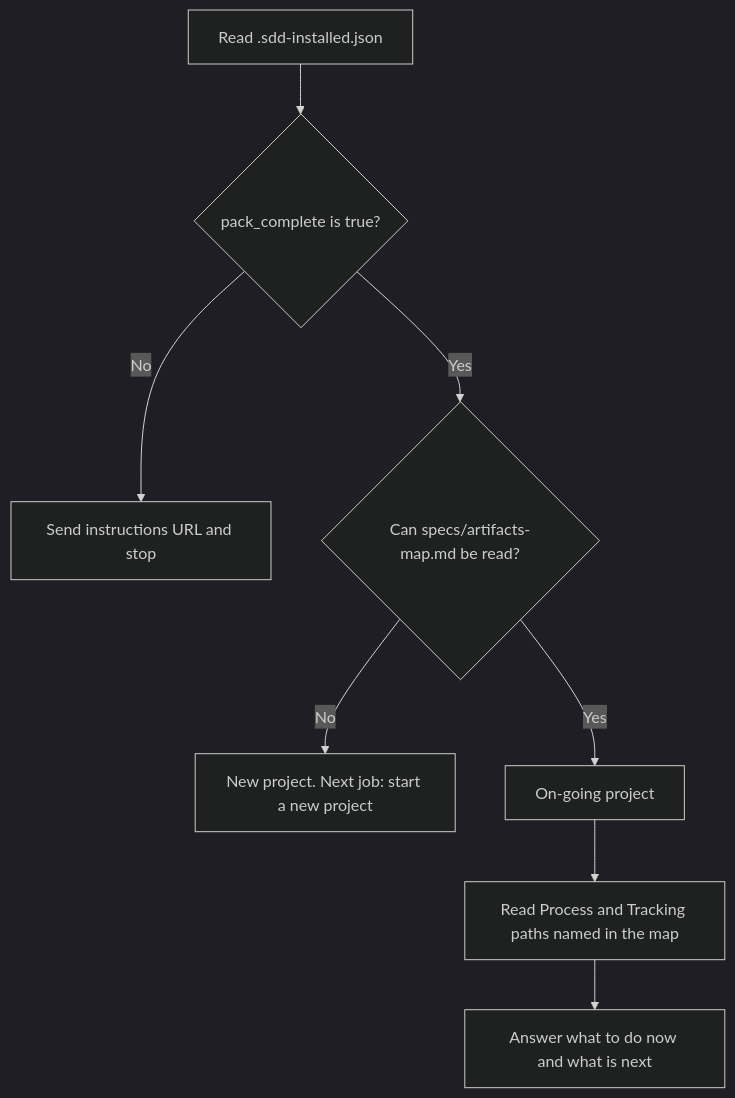
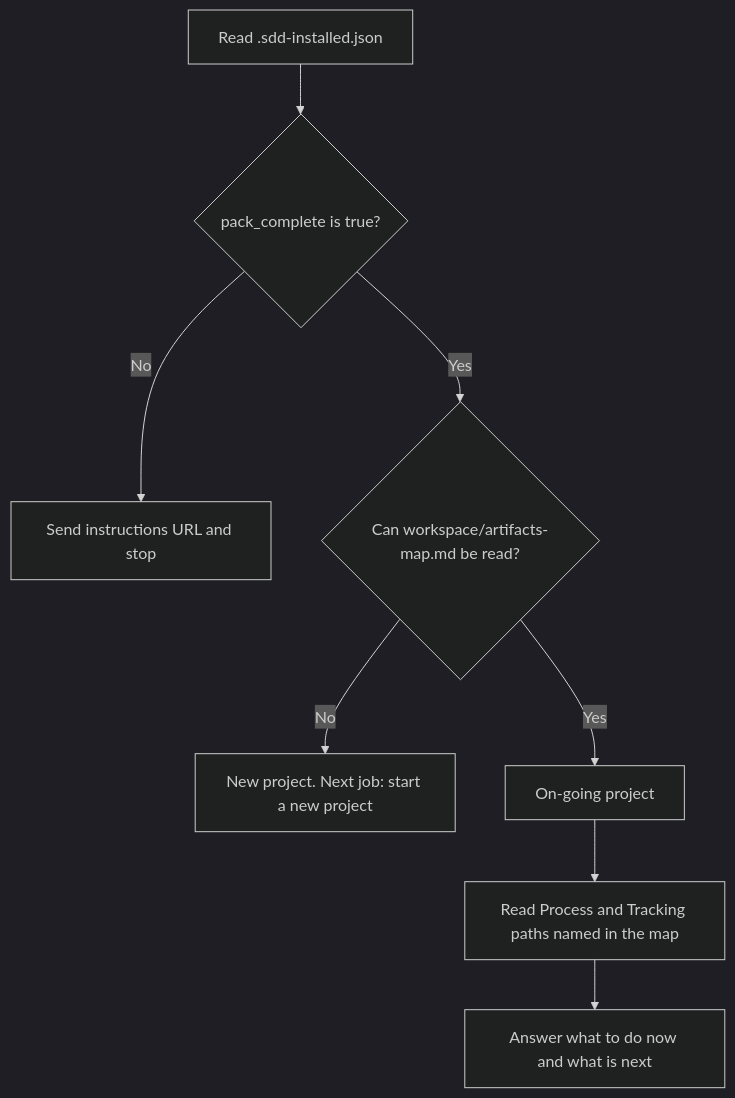
Before and after one commit to ethanhuangcst/workspace.framework.sdd.works: the diagram in specs/agent-ethan/agent-design.md, drawn with Mermaid (dark theme). The commit also changed other lines of this file and 19 other files, not shown here.

````diff
--- a/specs/agent-ethan/agent-design.md
+++ b/specs/agent-ethan/agent-design.md
@@ -86,10 +86,10 @@
 ```mermaid
 flowchart TD
   start[Read .sdd-installed.json] --> gate{pack_complete is true?}
   gate -->|No| stop[Send instructions URL and stop]
-  gate -->|Yes| map{Can specs/artifacts-map.md be read?}
+  gate -->|Yes| map{Can workspace/artifacts-map.md be read?}
   map -->|No| newProj[New project. Next job: start a new project]
   map -->|Yes| ongoing[On-going project]
   ongoing --> read[Read Process and Tracking paths named in the map]
   read --> answer[Answer what to do now and what is next]
 ```
````
